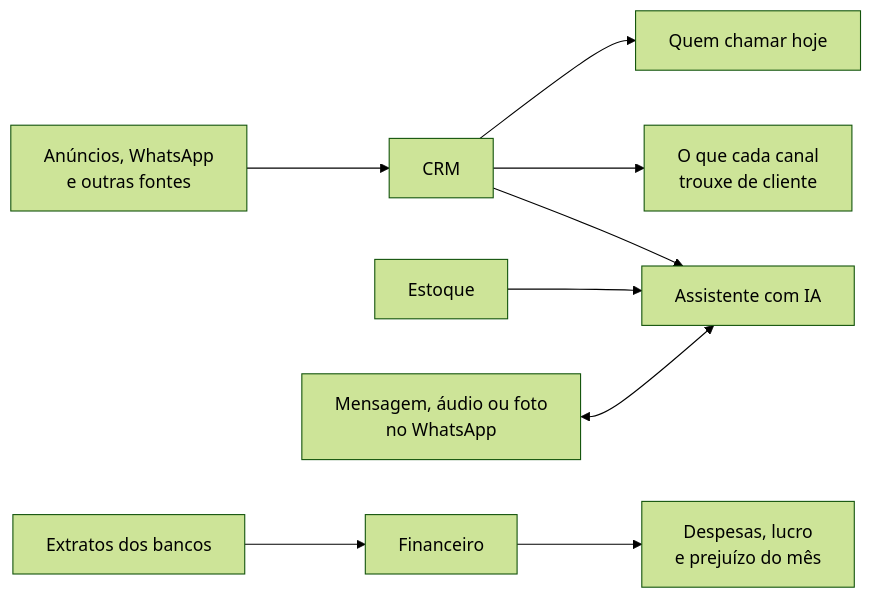
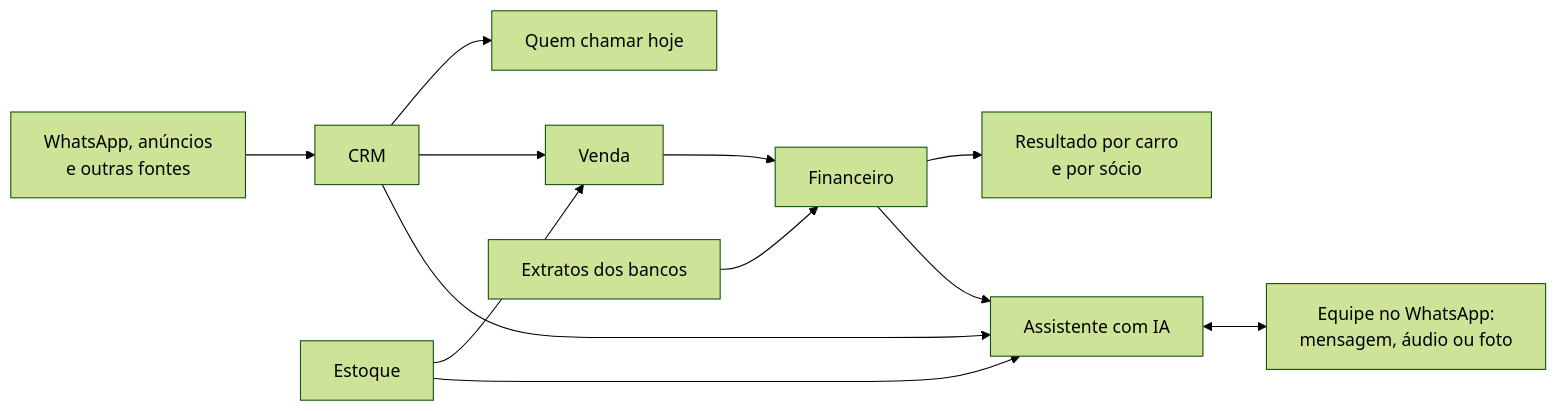
One commit to Vitor-Brosque/rodoviariaos-showcase changed the diagram in README.md. Above: the diagram before and after it, drawn with Mermaid (forest theme). The commit also changed other lines of this file, not shown here.

Commit message:
Cobre estoque, vendas, perfis de acesso e marketing; tira as gravações

````diff
--- a/README.md
+++ b/README.md
@@ -50,11 +61,14 @@
 ```mermaid
 flowchart LR
-    FONTES["Anúncios, WhatsApp<br>e outras fontes"] --> CRM["CRM"]
-    CRM --> LISTA["Quem chamar hoje"]
-    CRM --> CANAIS["O que cada canal<br>trouxe de cliente"]
-    EXTRATOS["Extratos dos bancos"] --> FIN["Financeiro"]
-    FIN --> MES["Despesas, lucro<br>e prejuízo do mês"]
+    FONTES["WhatsApp, anúncios<br>e outras fontes"] --> CRM["CRM"]
+    CRM --> FILA["Quem chamar hoje"]
+    CRM --> VENDA["Venda"]
+    ESTOQUE["Estoque"] --> VENDA
+    VENDA --> FIN["Financeiro"]
+    EXTRATOS["Extratos dos bancos"] --> FIN
+    FIN --> RES["Resultado por carro<br>e por sócio"]
     CRM --> IA["Assistente com IA"]
-    ESTOQUE["Estoque"] --> IA
-    ZAP["Mensagem, áudio ou foto<br>no WhatsApp"] <--> IA
+    ESTOQUE --> IA
+    FIN --> IA
+    IA <--> EQUIPE["Equipe no WhatsApp:<br>mensagem, áudio ou foto"]
 ```
````
